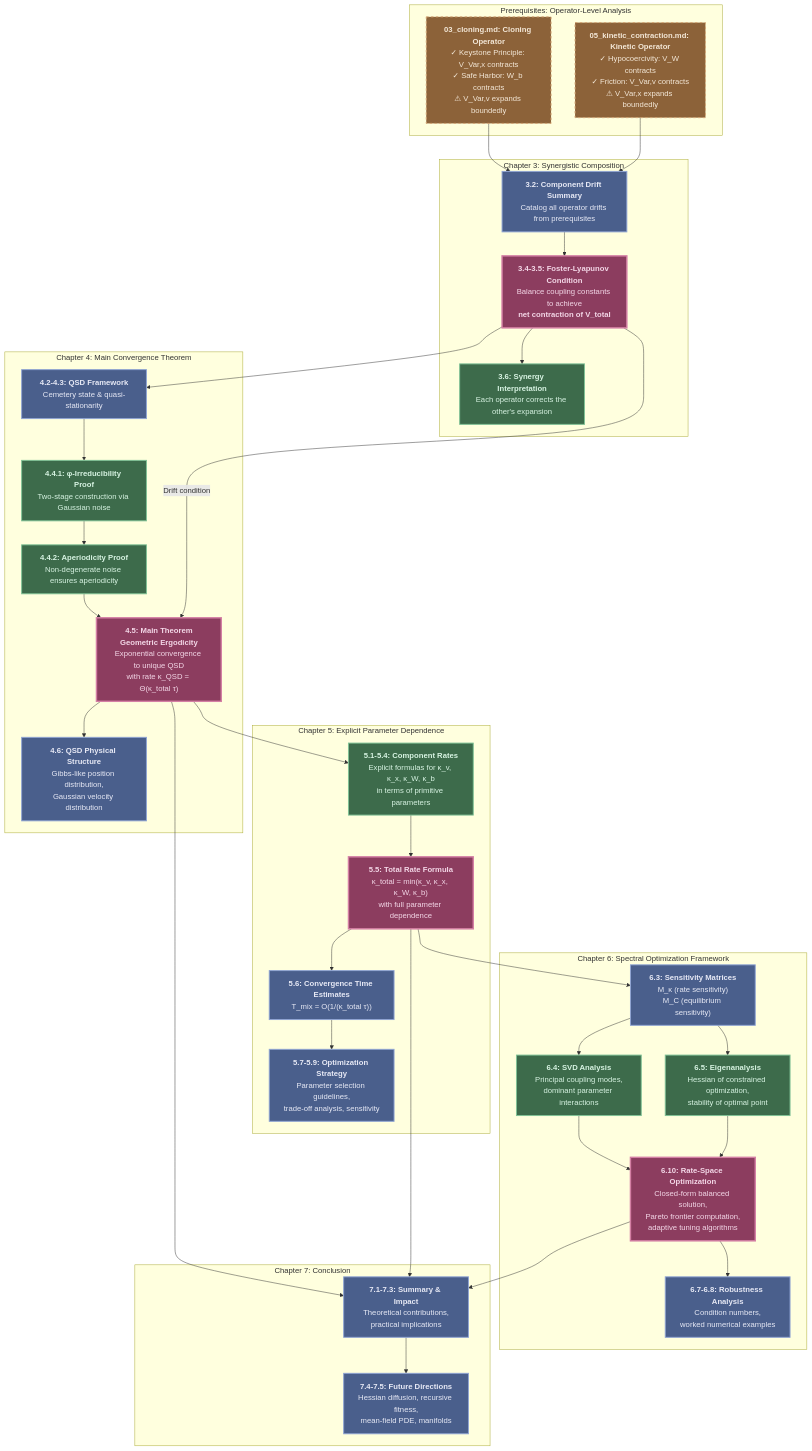
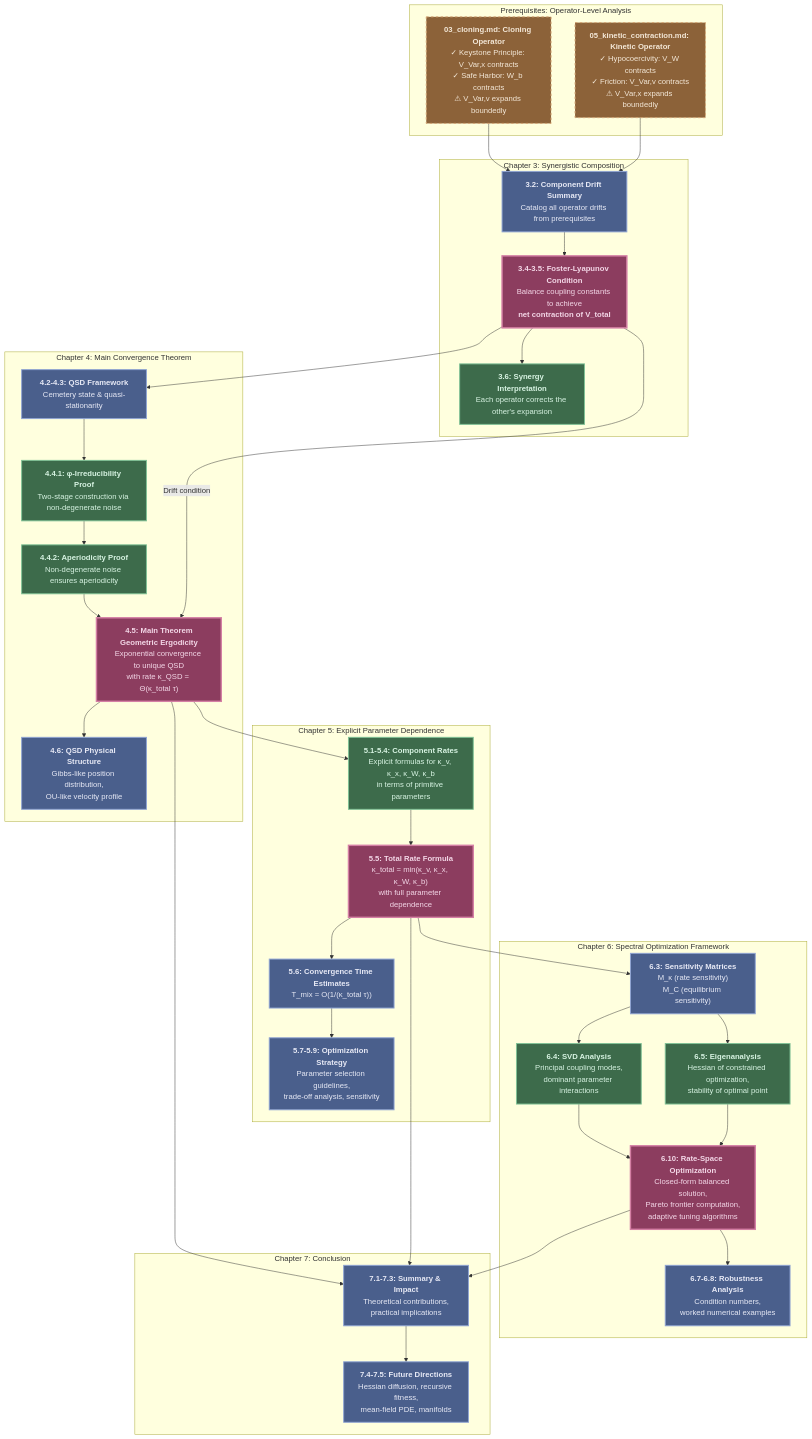
One commit to FragileTech/fragile changed the diagram in docs/source/3_fractal_gas/appendices/06_convergence.md. Above: the diagram before and after it, drawn with Mermaid. The commit also changed other lines of this file and 8 other files, not shown here.

````diff
--- a/docs/source/3_fractal_gas/appendices/06_convergence.md
+++ b/docs/source/3_fractal_gas/appendices/06_convergence.md
@@ -46,71 +46,71 @@
 ```{mermaid}
 graph TD
     subgraph "Prerequisites: Operator-Level Analysis"
         A["<b>03_cloning.md: Cloning Operator</b><br>✓ Keystone Principle: V_Var,x contracts<br>✓ Safe Harbor: W_b contracts<br>⚠ V_Var,v expands boundedly"]:::axiomStyle
         B["<b>05_kinetic_contraction.md: Kinetic Operator</b><br>✓ Hypocoercivity: V_W contracts<br>✓ Friction: V_Var,v contracts<br>⚠ V_Var,x expands boundedly"]:::axiomStyle
     end
 
     subgraph "Chapter 3: Synergistic Composition"
         C["<b>3.2: Component Drift Summary</b><br>Catalog all operator drifts from prerequisites"]:::stateStyle
         D["<b>3.4-3.5: Foster-Lyapunov Condition</b><br>Balance coupling constants to achieve<br><b>net contraction of V_total</b>"]:::theoremStyle
         E["<b>3.6: Synergy Interpretation</b><br>Each operator corrects the other's expansion"]:::lemmaStyle
     end
 
     subgraph "Chapter 4: Main Convergence Theorem"
         F["<b>4.2-4.3: QSD Framework</b><br>Cemetery state & quasi-stationarity"]:::stateStyle
-        G["<b>4.4.1: φ-Irreducibility Proof</b><br>Two-stage construction via Gaussian noise"]:::lemmaStyle
+        G["<b>4.4.1: φ-Irreducibility Proof</b><br>Two-stage construction via non-degenerate noise"]:::lemmaStyle
         H["<b>4.4.2: Aperiodicity Proof</b><br>Non-degenerate noise ensures aperiodicity"]:::lemmaStyle
         I["<b>4.5: Main Theorem</b><br><b>Geometric Ergodicity</b><br>Exponential convergence to unique QSD<br>with rate κ_QSD = Θ(κ_total τ)"]:::theoremStyle
-        J["<b>4.6: QSD Physical Structure</b><br>Gibbs-like position distribution,<br>Gaussian velocity distribution"]:::stateStyle
+        J["<b>4.6: QSD Physical Structure</b><br>Gibbs-like position distribution,<br>OU-like velocity profile"]:::stateStyle
     end
 
     subgraph "Chapter 5: Explicit Parameter Dependence"
         K["<b>5.1-5.4: Component Rates</b><br>Explicit formulas for κ_v, κ_x, κ_W, κ_b<br>in terms of primitive parameters"]:::lemmaStyle
         L["<b>5.5: Total Rate Formula</b><br>κ_total = min(κ_v, κ_x, κ_W, κ_b)<br>with full parameter dependence"]:::theoremStyle
         M["<b>5.6: Convergence Time Estimates</b><br>T_mix = O(1/(κ_total τ))"]:::stateStyle
         N["<b>5.7-5.9: Optimization Strategy</b><br>Parameter selection guidelines,<br>trade-off analysis, sensitivity"]:::stateStyle
     end
 
     subgraph "Chapter 6: Spectral Optimization Framework"
         O["<b>6.3: Sensitivity Matrices</b><br>M_κ (rate sensitivity)<br>M_C (equilibrium sensitivity)"]:::stateStyle
         P["<b>6.4: SVD Analysis</b><br>Principal coupling modes,<br>dominant parameter interactions"]:::lemmaStyle
         Q["<b>6.5: Eigenanalysis</b><br>Hessian of constrained optimization,<br>stability of optimal point"]:::lemmaStyle
         R["<b>6.10: Rate-Space Optimization</b><br>Closed-form balanced solution,<br>Pareto frontier computation,<br>adaptive tuning algorithms"]:::theoremStyle
         S["<b>6.7-6.8: Robustness Analysis</b><br>Condition numbers,<br>worked numerical examples"]:::stateStyle
     end
 
     subgraph "Chapter 7: Conclusion"
         T["<b>7.1-7.3: Summary & Impact</b><br>Theoretical contributions,<br>practical implications"]:::stateStyle
         U["<b>7.4-7.5: Future Directions</b><br>Hessian diffusion, recursive fitness,<br>mean-field PDE, manifolds"]:::stateStyle
     end
 
     A --> C
     B --> C
     C --> D
     D --> E
     D --> F
     F --> G
     G --> H
     H --> I
     D --"Drift condition"--> I
     I --> J
     I --> K
     K --> L
     L --> M
     M --> N
     L --> O
     O --> P
     O --> Q
     P --> R
     Q --> R
     R --> S
     I --> T
     L --> T
     R --> T
     T --> U
 
     classDef stateStyle fill:#4a5f8c,stroke:#8fa4d4,stroke-width:2px,color:#e8eaf6
     classDef axiomStyle fill:#8c6239,stroke:#d4a574,stroke-width:2px,stroke-dasharray: 5 5,color:#f4e8d8
     classDef lemmaStyle fill:#3d6b4b,stroke:#7fc296,stroke-width:2px,color:#d8f4e3
     classDef theoremStyle fill:#8c3d5f,stroke:#d47fa4,stroke-width:3px,color:#f4d8e8
 ```
````
